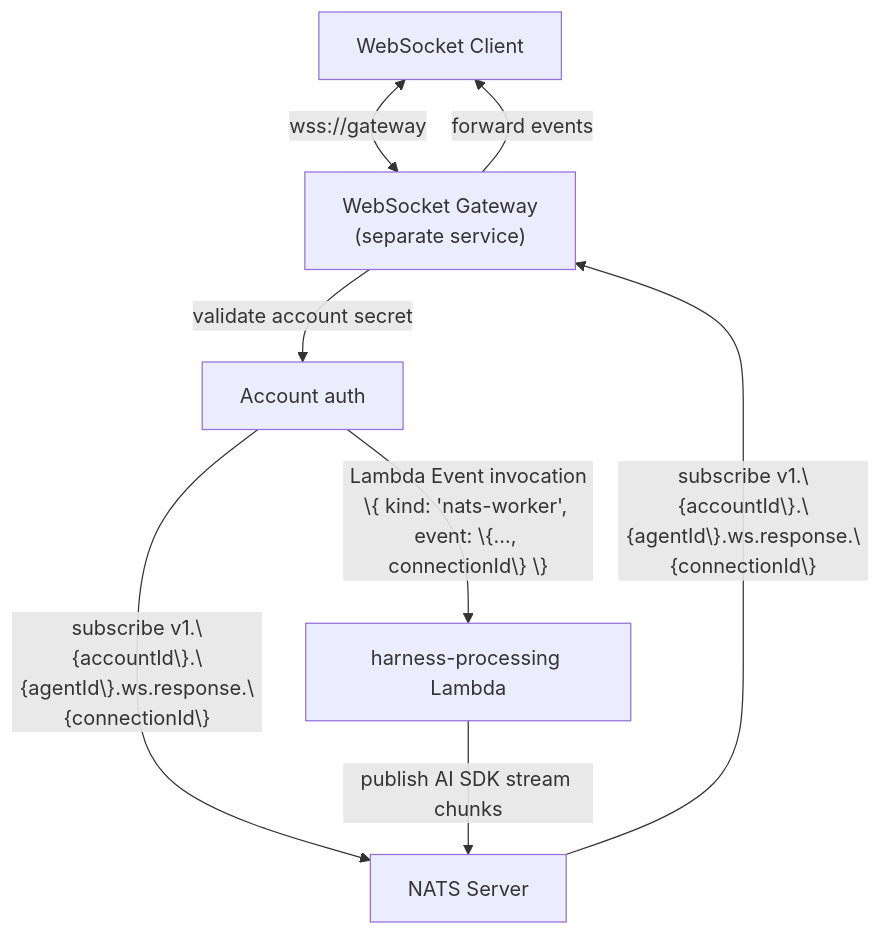
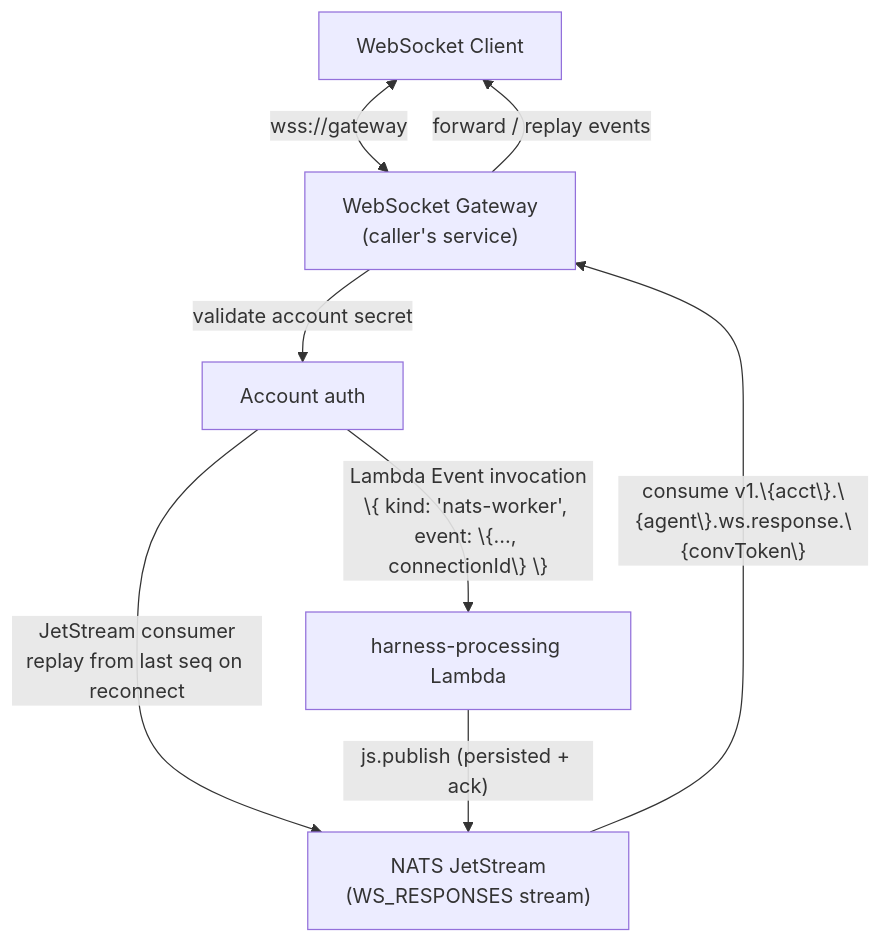
Before and after one commit to beeblastco/broods: the ninth of 10 diagrams in docs/architecture.md, drawn with Mermaid. The commit also changed other lines of this file and 15 other files, not shown here.

````diff
--- a/docs/architecture.md
+++ b/docs/architecture.md
@@ -227,10 +235,10 @@
 ```mermaid
 flowchart TD
-  Client["WebSocket Client"] <-->|"wss://gateway"| GW["WebSocket Gateway<br/>(separate service)"]
+  Client["WebSocket Client"] <-->|"wss://gateway"| GW["WebSocket Gateway<br/>(caller's service)"]
   GW -->|"validate account secret"| Auth["Account auth"]
-  Auth -->|"subscribe v1.\{accountId\}.\{agentId\}.ws.response.\{connectionId\}"| NATS["NATS Server"]
+  Auth -->|"JetStream consumer<br/>replay from last seq on reconnect"| NATS["NATS JetStream<br/>(WS_RESPONSES stream)"]
   Auth -->|"Lambda Event invocation<br/>\{ kind: 'nats-worker', event: \{..., connectionId\} \}"| Harness["harness-processing Lambda"]
-  Harness -->|"publish AI SDK stream chunks"| NATS
-  NATS -->|"subscribe v1.\{accountId\}.\{agentId\}.ws.response.\{connectionId\}"| GW
-  GW -->|"forward events"| Client
+  Harness -->|"js.publish (persisted + ack)"| NATS
+  NATS -->|"consume v1.\{acct\}.\{agent\}.ws.response.\{convToken\}"| GW
+  GW -->|"forward / replay events"| Client
 ```
````
